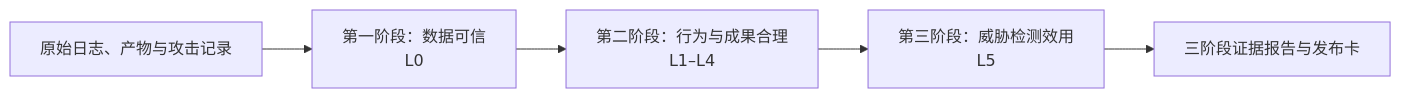
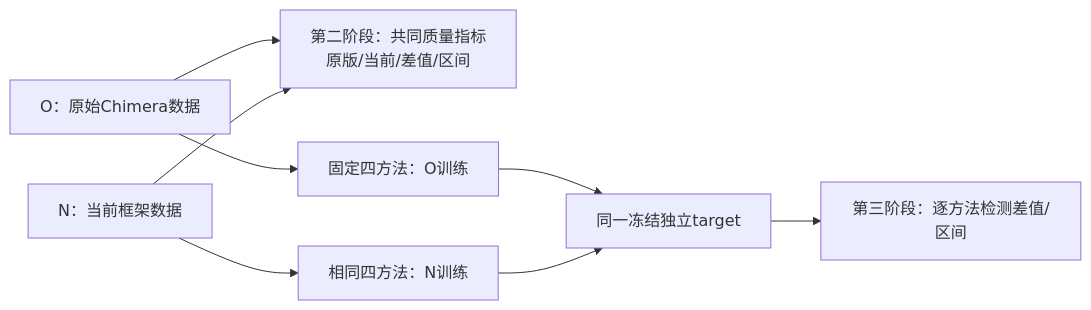
One commit to UCAS-zhaijinyang/Chimera changed the diagram in docs/dataset-evaluation/README.md. Above: the diagram before and after it, drawn with Mermaid. The commit also changed other lines of this file and 15 other files, not shown here.

````diff
--- a/docs/dataset-evaluation/README.md
+++ b/docs/dataset-evaluation/README.md
@@ -50,7 +25,10 @@
 ```mermaid
 flowchart LR
-  R["原始日志、产物与攻击记录"] --> A["第一阶段：数据可信<br/>L0"]
-  A --> B["第二阶段：行为与成果合理<br/>L1–L4"]
-  B --> C["第三阶段：威胁检测效用<br/>L5"]
-  C --> D["三阶段证据报告与发布卡"]
+  O["O：原始Chimera数据"] --> Q["第二阶段：共同质量指标<br/>原版/当前/差值/区间"]
+  N["N：当前框架数据"] --> Q
+  O --> MO["固定四方法：O训练"]
+  N --> MN["相同四方法：N训练"]
+  MO --> T["同一冻结独立target"]
+  MN --> T
+  T --> D["第三阶段：逐方法检测差值/区间"]
 ```
````
